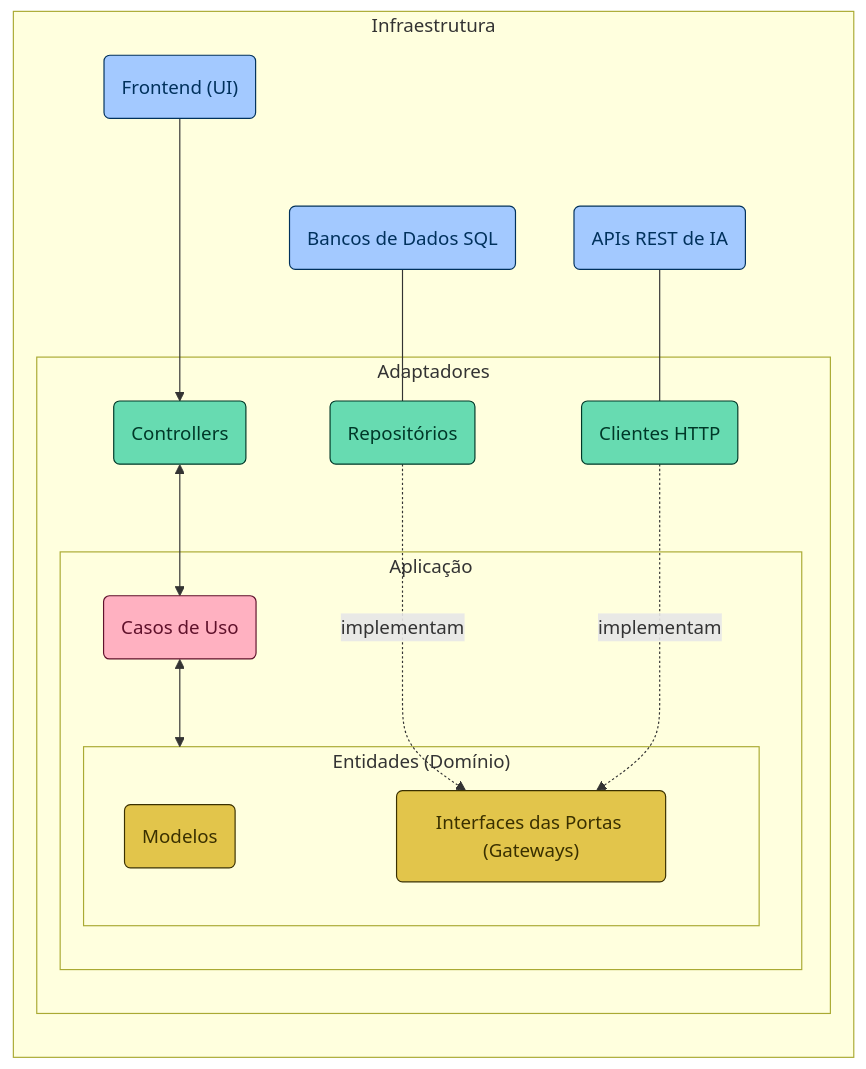
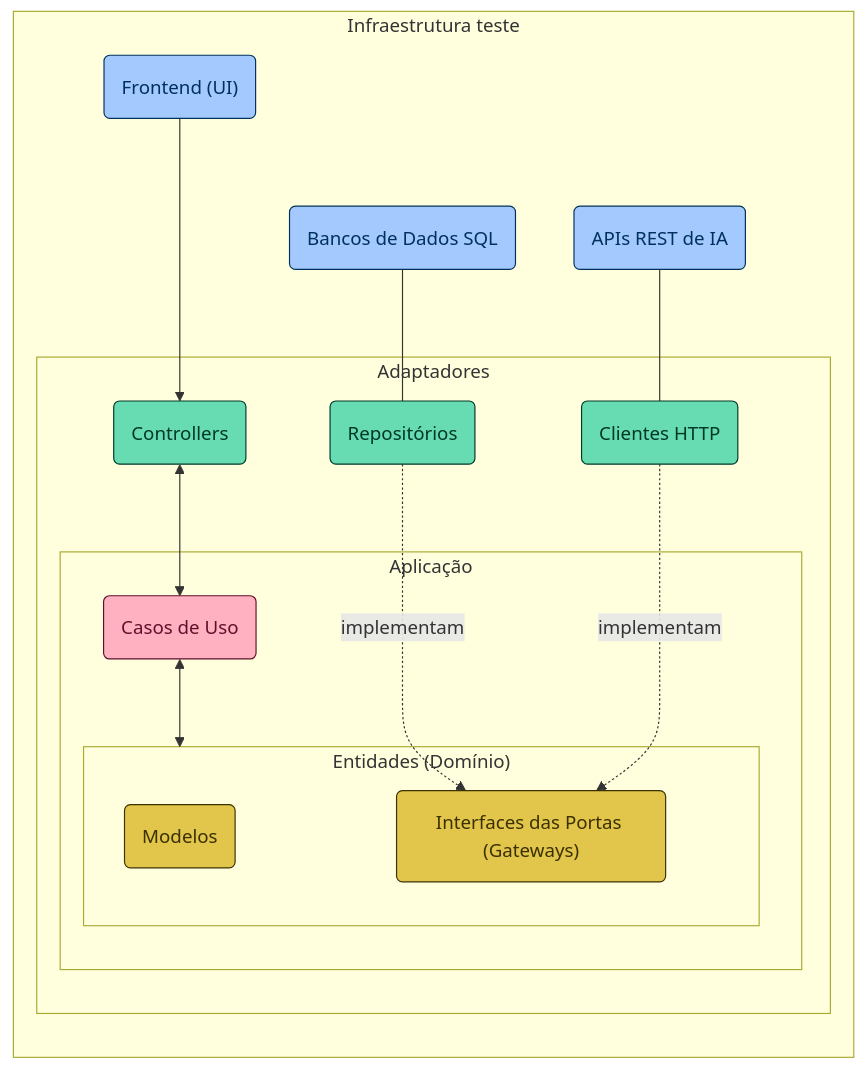
The diagram in README.md (Luciana-Rpdrigues/santander-dev-week-2024), drawn with Mermaid before and after one commit.

````diff
--- a/README.md
+++ b/README.md
@@ -59,30 +59,30 @@
 ```mermaid
 graph RL;
-  subgraph layer-infra[Infraestrutura];
+  subgraph layer-infra[Infraestrutura teste];
     UI("Frontend (UI)") ---> Controller
     subgraph layer-adpaters[Adaptadores];
       Controller("Controllers") <--> UC
       subgraph layer-app[Aplicação];
         UC(Casos de Uso) <--> layer-entities
         subgraph layer-entities["Entidades (Domínio)"];
           Model("Modelos")
           IPort("Interfaces das Portas (Gateways)")
         end
      end
      Repo("Repositórios") -..-> |implementam| IPort
      HTTP("Clientes HTTP") -..-> |implementam| IPort
     end
     BD("Bancos de Dados SQL") --- Repo
     EXT("APIs REST de IA") --- HTTP
   end
 
 classDef infra fill:#a3c9ff,stroke:#00315c,color:#00315c;
 classDef adapters fill:#67dbb1,stroke:#003828,color:#003828;
 classDef ucs fill:#ffb1c1,stroke:#5f112b,color:#5f112b;
 classDef entities fill:#e2c54b,stroke:#3a3000,color:#3a3000;
 
 class BD,EXT,UI infra;
 class Controller,Repo,HTTP adapters;
 class UC ucs;
 class Model,IPort entities;
 ```
````
